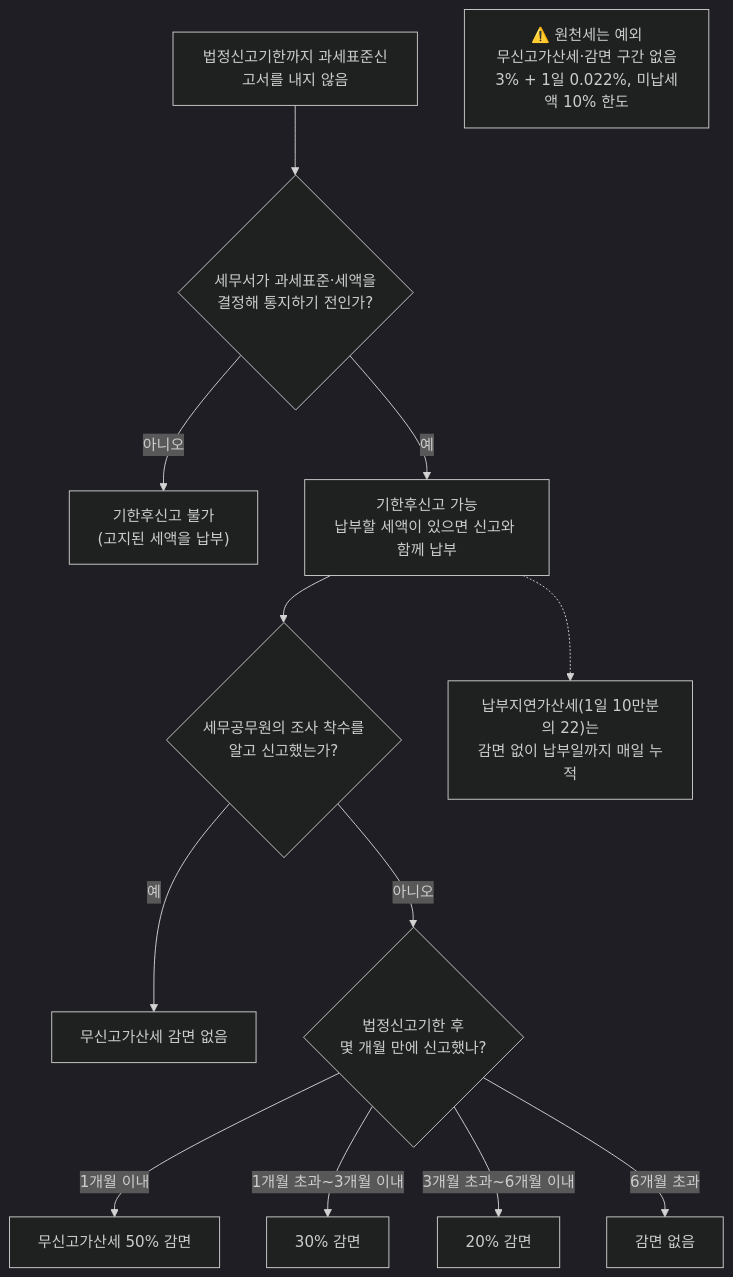
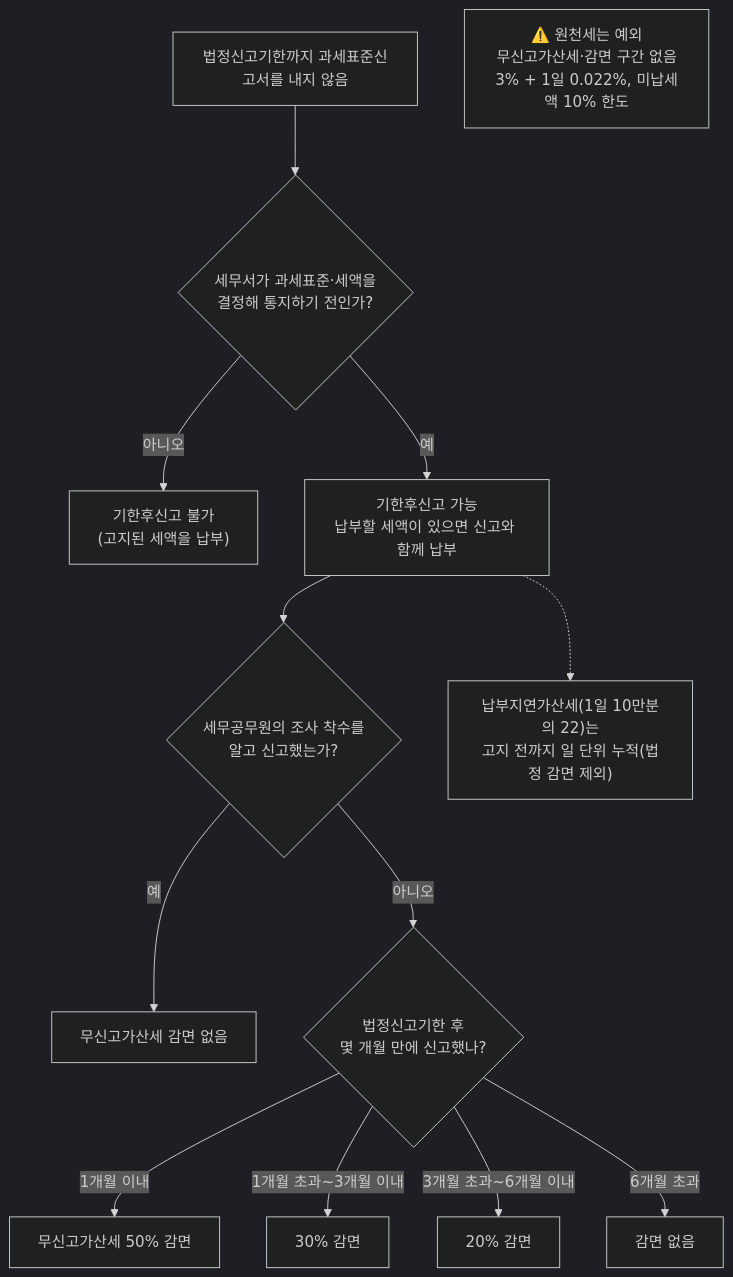
Before and after one commit to itsmedylee/ciat-knowledge-system: the diagram in wiki/topics/세법 및 세무자문/기한후신고와-가산세-감면.md, drawn with Mermaid (dark theme). The commit also changed other lines of this file and 345 other files, not shown here.

````diff
--- a/wiki/topics/세법 및 세무자문/기한후신고와-가산세-감면.md
+++ b/wiki/topics/세법 및 세무자문/기한후신고와-가산세-감면.md
@@ -55,15 +55,15 @@
 ```mermaid
 flowchart TD
   A["법정신고기한까지 과세표준신고서를 내지 않음"] --> B{"세무서가 과세표준·세액을<br/>결정해 통지하기 전인가?"}
   B -- "아니오" --> X["기한후신고 불가<br/>(고지된 세액을 납부)"]
   B -- "예" --> C["기한후신고 가능<br/>납부할 세액이 있으면 신고와 함께 납부"]
   C --> D{"세무공무원의 조사 착수를<br/>알고 신고했는가?"}
   D -- "예" --> N0["무신고가산세 감면 없음"]
   D -- "아니오" --> E{"법정신고기한 후<br/>몇 개월 만에 신고했나?"}
   E -- "1개월 이내" --> R1["무신고가산세 50% 감면"]
   E -- "1개월 초과~3개월 이내" --> R2["30% 감면"]
   E -- "3개월 초과~6개월 이내" --> R3["20% 감면"]
   E -- "6개월 초과" --> R4["감면 없음"]
-  C -.-> P["납부지연가산세(1일 10만분의 22)는<br/>감면 없이 납부일까지 매일 누적"]
+  C -.-> P["납부지연가산세(1일 10만분의 22)는<br/>고지 전까지 일 단위 누적(법정 감면 제외)"]
   W["⚠️ 원천세는 예외<br/>무신고가산세·감면 구간 없음<br/>3% + 1일 0.022%, 미납세액 10% 한도"]
 ```
````
